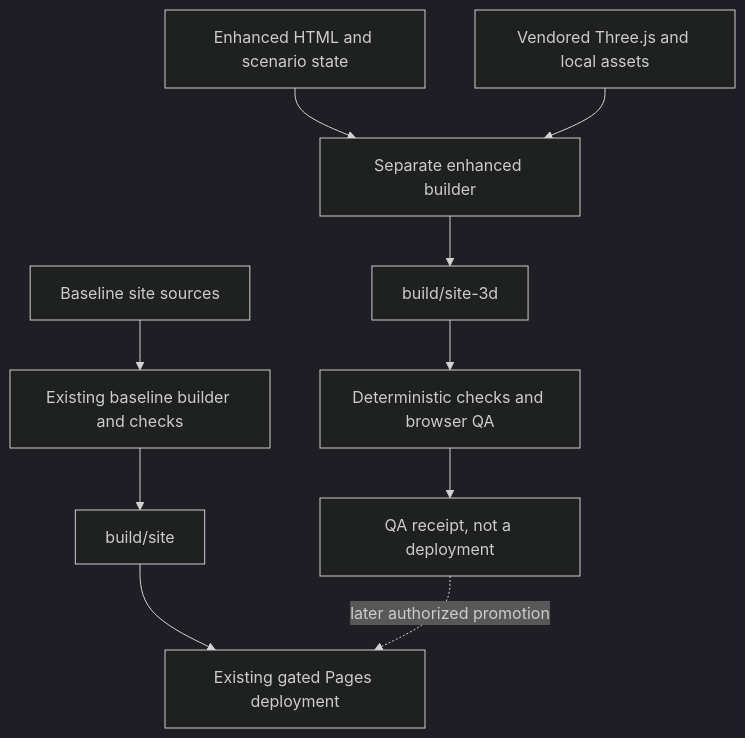
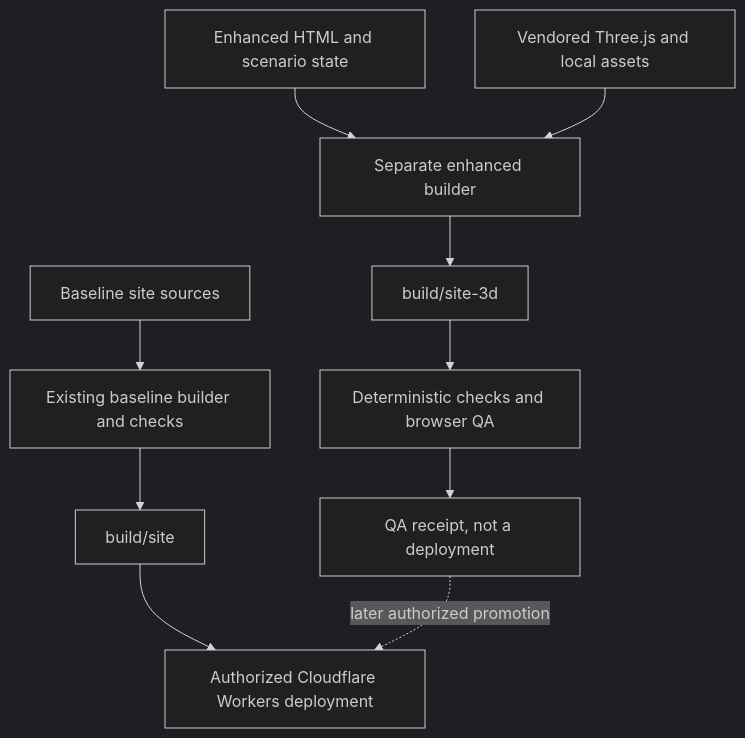
One commit to duketopceo/wisp changed the second of 7 diagrams in docs/plans/2026-10-30-001-feat-wisp-unified-alignment-and-polish-plan.md. Above: the diagram before and after it, drawn with Mermaid (dark theme). The commit also changed other lines of this file and 13 other files, not shown here.

Commit message:
feat(site): host Wisp on Cloudflare Workers with verified assets

````diff
--- a/docs/plans/2026-10-30-001-feat-wisp-unified-alignment-and-polish-plan.md
+++ b/docs/plans/2026-10-30-001-feat-wisp-unified-alignment-and-polish-plan.md
@@ -228,12 +236,12 @@
 ```mermaid
 flowchart TB
   B[Baseline site sources] --> BB[Existing baseline builder and checks]
   BB --> BO[build/site]
   E[Enhanced HTML and scenario state] --> EB[Separate enhanced builder]
   V[Vendored Three.js and local assets] --> EB
   EB --> EO[build/site-3d]
   EO --> Q[Deterministic checks and browser QA]
-  BO --> D[Existing gated Pages deployment]
+  BO --> D[Authorized Cloudflare Workers deployment]
   Q --> R[QA receipt, not a deployment]
   R -. later authorized promotion .-> D
 ```
````
